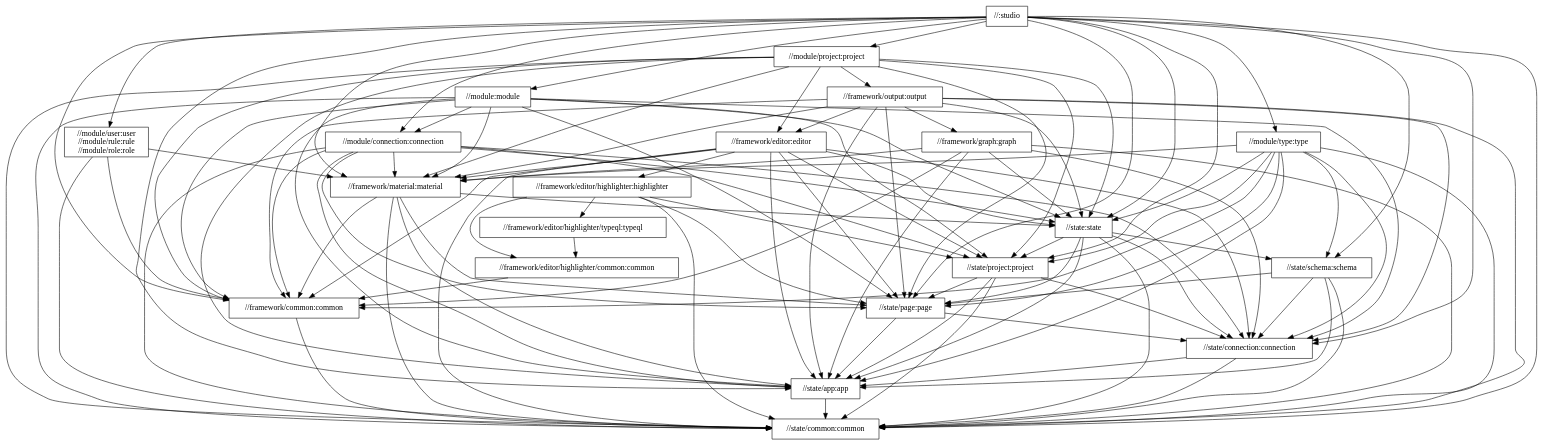
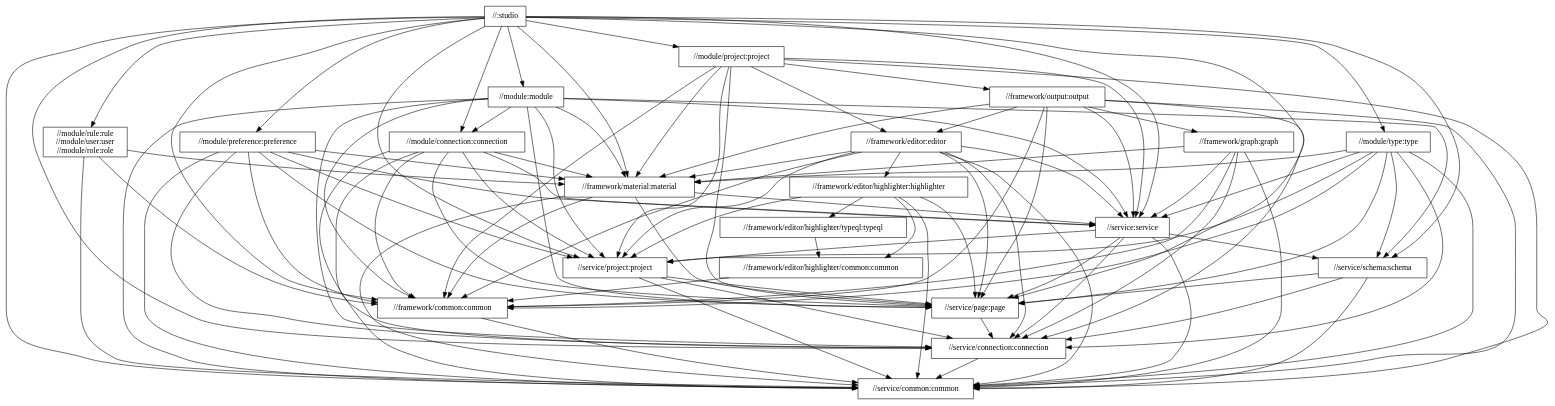
Before and after one commit to typedb/typedb-studio: the diagram in docs/global-package-structure.dot, drawn with Graphviz. The commit also changed 164 other files, not shown here.

```diff
--- a/docs/global-package-structure.dot
+++ b/docs/global-package-structure.dot
@@ -1,132 +1,126 @@
 digraph mygraph {
   node [shape=box];
   "//:studio"
   "//:studio" -> "//framework/common:common"
   "//:studio" -> "//framework/material:material"
   "//:studio" -> "//module:module"
   "//:studio" -> "//module/connection:connection"
+  "//:studio" -> "//module/preference:preference"
   "//:studio" -> "//module/project:project"
-  "//:studio" -> "//module/user:user\n//module/rule:rule\n//module/role:role"
+  "//:studio" -> "//module/rule:rule\n//module/user:user\n//module/role:role"
   "//:studio" -> "//module/type:type"
-  "//:studio" -> "//state/schema:schema"
-  "//:studio" -> "//state:state"
-  "//:studio" -> "//state/app:app"
-  "//:studio" -> "//state/common:common"
-  "//:studio" -> "//state/connection:connection"
-  "//:studio" -> "//state/page:page"
-  "//:studio" -> "//state/project:project"
+  "//:studio" -> "//service/schema:schema"
+  "//:studio" -> "//service:service"
+  "//:studio" -> "//service/common:common"
+  "//:studio" -> "//service/connection:connection"
+  "//:studio" -> "//service/page:page"
+  "//:studio" -> "//service/project:project"
   "//module/type:type"
   "//module/type:type" -> "//framework/common:common"
   "//module/type:type" -> "//framework/material:material"
-  "//module/type:type" -> "//state:state"
-  "//module/type:type" -> "//state/app:app"
-  "//module/type:type" -> "//state/common:common"
-  "//module/type:type" -> "//state/connection:connection"
-  "//module/type:type" -> "//state/page:page"
-  "//module/type:type" -> "//state/project:project"
-  "//module/type:type" -> "//state/schema:schema"
-  "//module:module"
-  "//module:module" -> "//framework/common:common"
-  "//module:module" -> "//framework/material:material"
-  "//module:module" -> "//module/connection:connection"
-  "//module:module" -> "//state:state"
-  "//module:module" -> "//state/app:app"
-  "//module:module" -> "//state/common:common"
-  "//module:module" -> "//state/connection:connection"
-  "//module:module" -> "//state/page:page"
-  "//module:module" -> "//state/project:project"
-  "//module/connection:connection"
-  "//module/connection:connection" -> "//framework/common:common"
-  "//module/connection:connection" -> "//framework/material:material"
-  "//module/connection:connection" -> "//state:state"
-  "//module/connection:connection" -> "//state/app:app"
-  "//module/connection:connection" -> "//state/common:common"
-  "//module/connection:connection" -> "//state/connection:connection"
-  "//module/connection:connection" -> "//state/page:page"
-  "//module/connection:connection" -> "//state/project:project"
+  "//module/type:type" -> "//service:service"
+  "//module/type:type" -> "//service/common:common"
+  "//module/type:type" -> "//service/connection:connection"
+  "//module/type:type" -> "//service/page:page"
+  "//module/type:type" -> "//service/project:project"
+  "//module/type:type" -> "//service/schema:schema"
+  "//module/rule:rule\n//module/user:user\n//module/role:role"
+  "//module/rule:rule\n//module/user:user\n//module/role:role" -> "//framework/common:common"
+  "//module/rule:rule\n//module/user:user\n//module/role:role" -> "//framework/material:material"
+  "//module/rule:rule\n//module/user:user\n//module/role:role" -> "//service/common:common"
   "//module/project:project"
   "//module/project:project" -> "//framework/common:common"
   "//module/project:project" -> "//framework/editor:editor"
   "//module/project:project" -> "//framework/material:material"
   "//module/project:project" -> "//framework/output:output"
-  "//module/project:project" -> "//state:state"
-  "//module/project:project" -> "//state/app:app"
-  "//module/project:project" -> "//state/common:common"
-  "//module/project:project" -> "//state/page:page"
-  "//module/project:project" -> "//state/project:project"
+  "//module/project:project" -> "//service:service"
+  "//module/project:project" -> "//service/common:common"
+  "//module/project:project" -> "//service/page:page"
+  "//module/project:project" -> "//service/project:project"
+  "//module:module"
+  "//module:module" -> "//framework/common:common"
+  "//module:module" -> "//framework/material:material"
+  "//module:module" -> "//module/connection:connection"
+  "//module:module" -> "//service:service"
+  "//module:module" -> "//service/common:common"
+  "//module:module" -> "//service/connection:connection"
+  "//module:module" -> "//service/page:page"
+  "//module:module" -> "//service/project:project"
+  "//module:module" -> "//service/schema:schema"
+  "//module/preference:preference"
+  "//module/preference:preference" -> "//framework/common:common"
+  "//module/preference:preference" -> "//framework/material:material"
+  "//module/preference:preference" -> "//service:service"
+  "//module/preference:preference" -> "//service/common:common"
+  "//module/preference:preference" -> "//service/connection:connection"
+  "//module/preference:preference" -> "//service/page:page"
+  "//module/preference:preference" -> "//service/project:project"
+  "//module/connection:connection"
+  "//module/connection:connection" -> "//framework/common:common"
+  "//module/connection:connection" -> "//framework/material:material"
+  "//module/connection:connection" -> "//service:service"
+  "//module/connection:connection" -> "//service/common:common"
+  "//module/connection:connection" -> "//service/connection:connection"
+  "//module/connection:connection" -> "//service/page:page"
+  "//module/connection:connection" -> "//service/project:project"
   "//framework/output:output"
   "//framework/output:output" -> "//framework/common:common"
   "//framework/output:output" -> "//framework/editor:editor"
   "//framework/output:output" -> "//framework/graph:graph"
   "//framework/output:output" -> "//framework/material:material"
-  "//framework/output:output" -> "//state:state"
-  "//framework/output:output" -> "//state/app:app"
-  "//framework/output:output" -> "//state/common:common"
-  "//framework/output:output" -> "//state/connection:connection"
-  "//framework/output:output" -> "//state/page:page"
-  "//framework/graph:graph"
-  "//framework/graph:graph" -> "//framework/common:common"
-  "//framework/graph:graph" -> "//framework/material:material"
-  "//framework/graph:graph" -> "//state:state"
-  "//framework/graph:graph" -> "//state/app:app"
-  "//framework/graph:graph" -> "//state/common:common"
-  "//framework/graph:graph" -> "//state/connection:connection"
+  "//framework/output:output" -> "//service:service"
+  "//framework/output:output" -> "//service/common:common"
+  "//framework/output:output" -> "//service/connection:connection"
+  "//framework/output:output" -> "//service/page:page"
   "//framework/editor:editor"
   "//framework/editor:editor" -> "//framework/common:common"
   "//framework/editor:editor" -> "//framework/editor/highlighter:highlighter"
   "//framework/editor:editor" -> "//framework/material:material"
-  "//framework/editor:editor" -> "//state:state"
-  "//framework/editor:editor" -> "//state/app:app"
-  "//framework/editor:editor" -> "//state/common:common"
-  "//framework/editor:editor" -> "//state/connection:connection"
-  "//framework/editor:editor" -> "//state/page:page"
-  "//framework/editor:editor" -> "//state/project:project"
+  "//framework/editor:editor" -> "//service:service"
+  "//framework/editor:editor" -> "//service/common:common"
+  "//framework/editor:editor" -> "//service/connection:connection"
+  "//framework/editor:editor" -> "//service/page:page"
+  "//framework/editor:editor" -> "//service/project:project"
   "//framework/editor/highlighter:highlighter"
   "//framework/editor/highlighter:highlighter" -> "//framework/editor/highlighter/common:common"
   "//framework/editor/highlighter:highlighter" -> "//framework/editor/highlighter/typeql:typeql"
-  "//framework/editor/highlighter:highlighter" -> "//state/common:common"
-  "//framework/editor/highlighter:highlighter" -> "//state/page:page"
-  "//framework/editor/highlighter:highlighter" -> "//state/project:project"
+  "//framework/editor/highlighter:highlighter" -> "//service/common:common"
+  "//framework/editor/highlighter:highlighter" -> "//service/page:page"
+  "//framework/editor/highlighter:highlighter" -> "//service/project:project"
   "//framework/editor/highlighter/typeql:typeql"
   "//framework/editor/highlighter/typeql:typeql" -> "//framework/editor/highlighter/common:common"
   "//framework/editor/highlighter/common:common"
   "//framework/editor/highlighter/common:common" -> "//framework/common:common"
-  "//module/user:user\n//module/rule:rule\n//module/role:role"
-  "//module/user:user\n//module/rule:rule\n//module/role:role" -> "//framework/common:common"
-  "//module/user:user\n//module/rule:rule\n//module/role:role" -> "//framework/material:material"
-  "//module/user:user\n//module/rule:rule\n//module/role:role" -> "//state/common:common"
+  "//framework/graph:graph"
+  "//framework/graph:graph" -> "//framework/common:common"
+  "//framework/graph:graph" -> "//framework/material:material"
+  "//framework/graph:graph" -> "//service:service"
+  "//framework/graph:graph" -> "//service/common:common"
+  "//framework/graph:graph" -> "//service/connection:connection"
   "//framework/material:material"
   "//framework/material:material" -> "//framework/common:common"
-  "//framework/material:material" -> "//state:state"
-  "//framework/material:material" -> "//state/app:app"
-  "//framework/material:material" -> "//state/common:common"
-  "//framework/material:material" -> "//state/page:page"
-  "//state:state"
-  "//state:state" -> "//state/app:app"
-  "//state:state" -> "//state/common:common"
-  "//state:state" -> "//state/connection:connection"
-  "//state:state" -> "//state/page:page"
-  "//state:state" -> "//state/project:project"
-  "//state:state" -> "//state/schema:schema"
-  "//state/schema:schema"
-  "//state/schema:schema" -> "//state/app:app"
-  "//state/schema:schema" -> "//state/common:common"
-  "//state/schema:schema" -> "//state/connection:connection"
-  "//state/schema:schema" -> "//state/page:page"
-  "//state/project:project"
-  "//state/project:project" -> "//state/app:app"
-  "//state/project:project" -> "//state/common:common"
-  "//state/project:project" -> "//state/connection:connection"
-  "//state/project:project" -> "//state/page:page"
-  "//state/page:page"
-  "//state/page:page" -> "//state/app:app"
-  "//state/page:page" -> "//state/connection:connection"
-  "//state/connection:connection"
-  "//state/connection:connection" -> "//state/app:app"
-  "//state/connection:connection" -> "//state/common:common"
-  "//state/app:app"
-  "//state/app:app" -> "//state/common:common"
+  "//framework/material:material" -> "//service:service"
+  "//framework/material:material" -> "//service/common:common"
+  "//framework/material:material" -> "//service/page:page"
   "//framework/common:common"
-  "//framework/common:common" -> "//state/common:common"
-  "//state/common:common"
+  "//framework/common:common" -> "//service/common:common"
+  "//service:service"
+  "//service:service" -> "//service/common:common"
+  "//service:service" -> "//service/connection:connection"
+  "//service:service" -> "//service/page:page"
+  "//service:service" -> "//service/project:project"
+  "//service:service" -> "//service/schema:schema"
+  "//service/schema:schema"
+  "//service/schema:schema" -> "//service/common:common"
+  "//service/schema:schema" -> "//service/connection:connection"
+  "//service/schema:schema" -> "//service/page:page"
+  "//service/project:project"
+  "//service/project:project" -> "//service/common:common"
+  "//service/project:project" -> "//service/connection:connection"
+  "//service/project:project" -> "//service/page:page"
+  "//service/page:page"
+  "//service/page:page" -> "//service/connection:connection"
+  "//service/connection:connection"
+  "//service/connection:connection" -> "//service/common:common"
+  "//service/common:common"
 }
```
